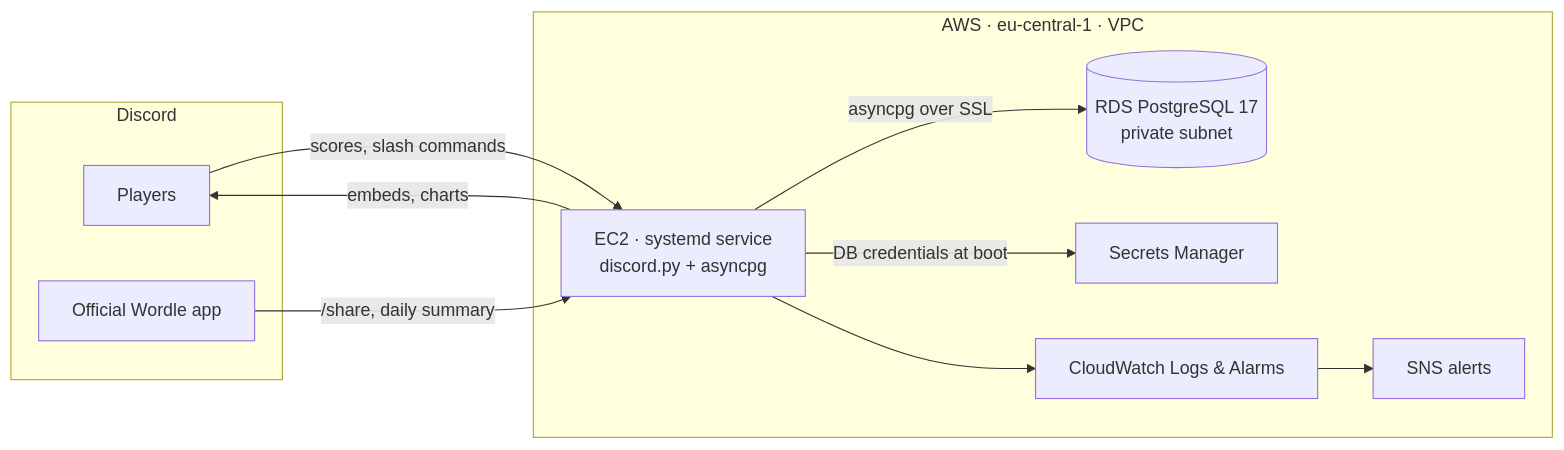
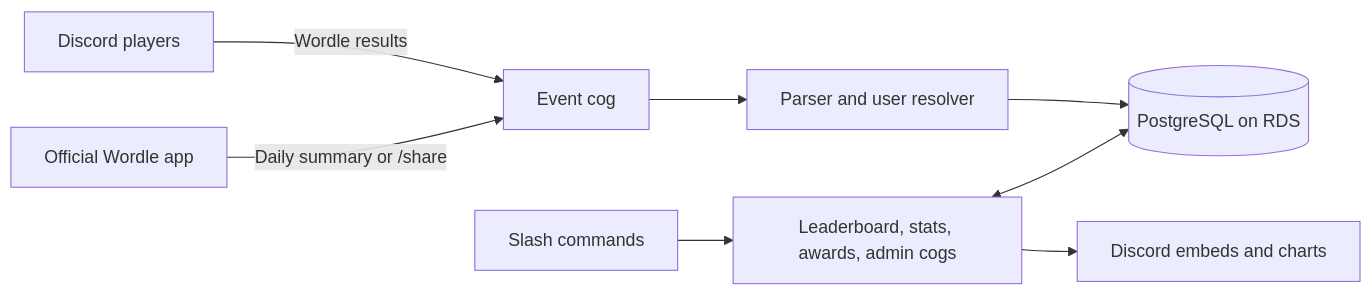
The diagram in README.md (musayounus/AWS-Wordle-Stats-Discord-Bot), drawn with Mermaid before and after one commit. The commit also changed other lines of this file, not shown here.

````diff
--- a/README.md
+++ b/README.md
@@ -153,22 +27,10 @@
 ```mermaid
 flowchart LR
-  subgraph Discord
-    U[Players]
-    W[Official Wordle app]
-  end
-
-  subgraph AWS["AWS · eu-central-1 · VPC"]
-    EC2["EC2 · systemd service<br/>discord.py + asyncpg"]
-    RDS[("RDS PostgreSQL 17<br/>private subnet")]
-    SM[Secrets Manager]
-    CW[CloudWatch Logs & Alarms]
-    SNS[SNS alerts]
-  end
-
-  U -->|scores, slash commands| EC2
-  W -->|/share, daily summary| EC2
-  EC2 -->|asyncpg over SSL| RDS
-  EC2 -->|DB credentials at boot| SM
-  EC2 --> CW --> SNS
-  EC2 -->|embeds, charts| U
+    A[Discord players] -->|Wordle results| B[Event cog]
+    C[Official Wordle app] -->|Daily summary or /share| B
+    B --> D[Parser and user resolver]
+    D --> E[(PostgreSQL on RDS)]
+    F[Slash commands] --> G[Leaderboard, stats, awards, admin cogs]
+    G <--> E
+    G --> H[Discord embeds and charts]
 ```
````
